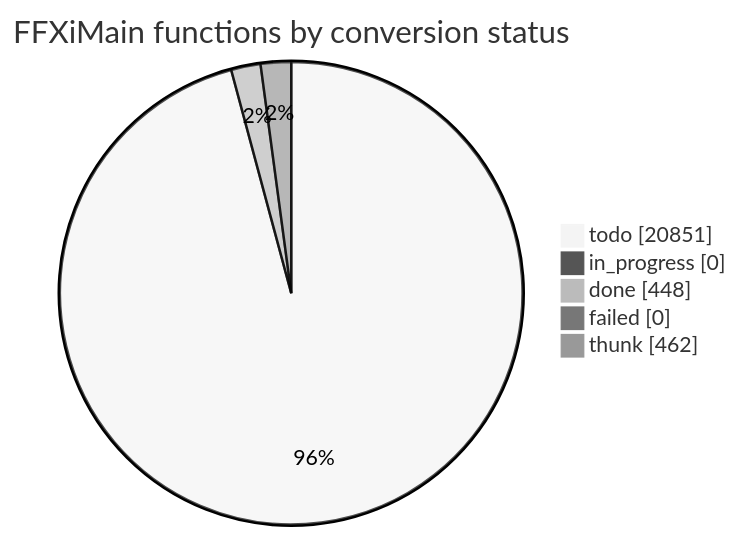
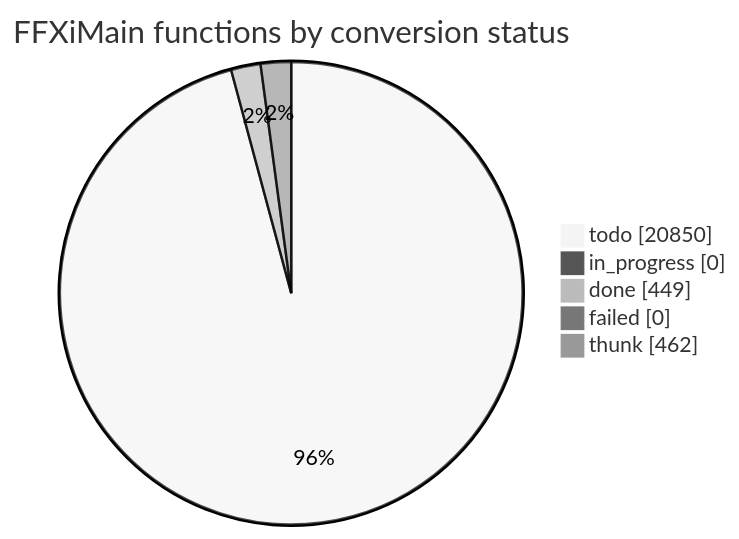
Before and after one commit to cowrevenge/cow_kuluu_xi_anything: the diagram in docs/cow/STATUS.md, drawn with Mermaid (neutral theme). The commit also changed other lines of this file and 9 other files, not shown here.

````diff
--- a/docs/cow/STATUS.md
+++ b/docs/cow/STATUS.md
@@ -18,9 +18,9 @@
 ```mermaid
 pie showData
     title FFXiMain functions by conversion status
-    "todo" : 20851
+    "todo" : 20850
     "in_progress" : 0
-    "done" : 448
+    "done" : 449
     "failed" : 0
     "thunk" : 462
 ```
````
